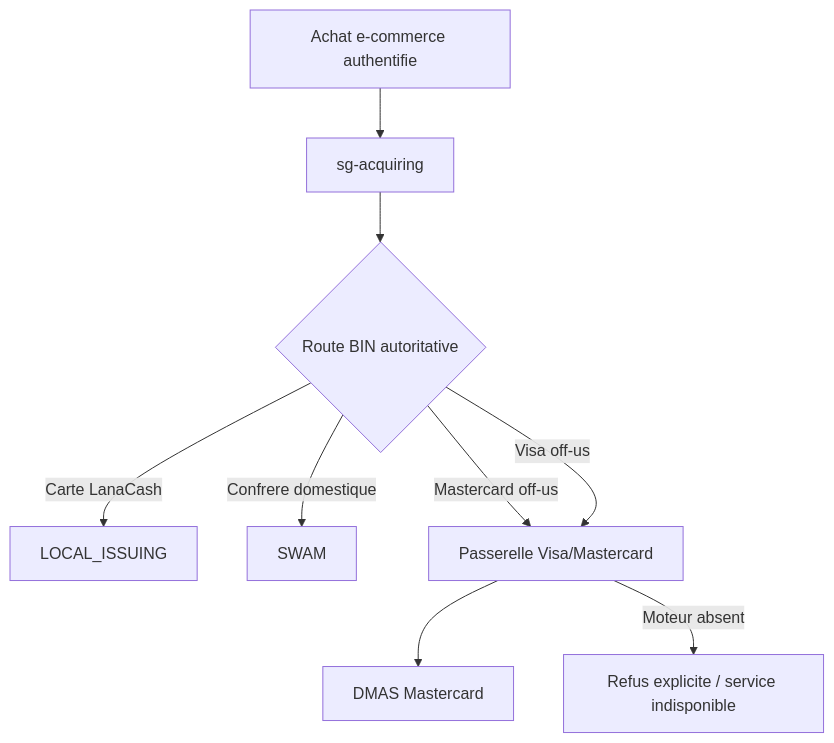
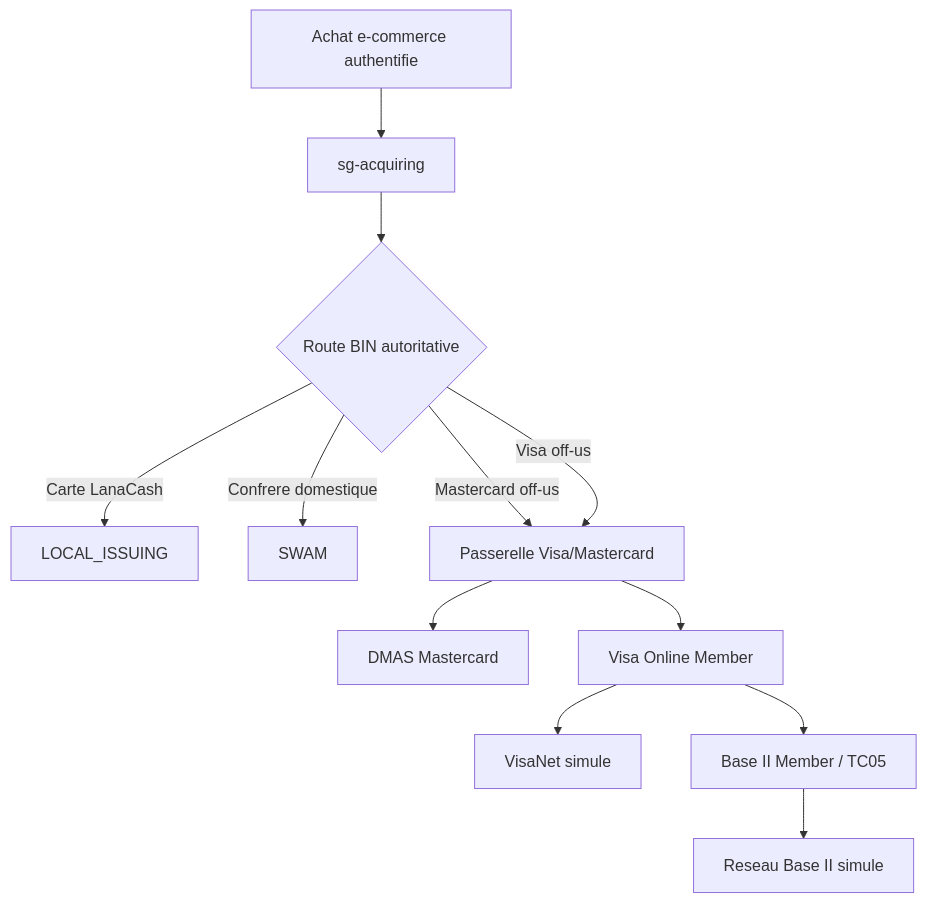
Before and after one commit to ouadieelhadj/ScenarioGenerator: the third of 3 diagrams in documents/design/platform/ARCHITECTURE_PLATEFORME_MONETIQUE_V1.md, drawn with Mermaid. The commit also changed other lines of this file and 75 other files, not shown here.

Commit message:
feat(visa): add online authorization and base ii sandbox

````diff
--- a/documents/design/platform/ARCHITECTURE_PLATEFORME_MONETIQUE_V1.md
+++ b/documents/design/platform/ARCHITECTURE_PLATEFORME_MONETIQUE_V1.md
@@ -94,11 +100,14 @@
 ```mermaid
 flowchart TD
     A["Achat e-commerce authentifie"] --> Q["sg-acquiring"]
     Q --> R{"Route BIN autoritative"}
     R -->|Carte LanaCash| L["LOCAL_ISSUING"]
     R -->|Confrere domestique| S["SWAM"]
     R -->|Mastercard off-us| G["Passerelle Visa/Mastercard"]
     G --> D["DMAS Mastercard"]
     R -->|Visa off-us| G
-    G -->|Moteur absent| F["Refus explicite / service indisponible"]
+    G --> V["Visa Online Member"]
+    V --> N["VisaNet simule"]
+    V --> B["Base II Member / TC05"]
+    B --> BN["Reseau Base II simule"]
 ```
````
